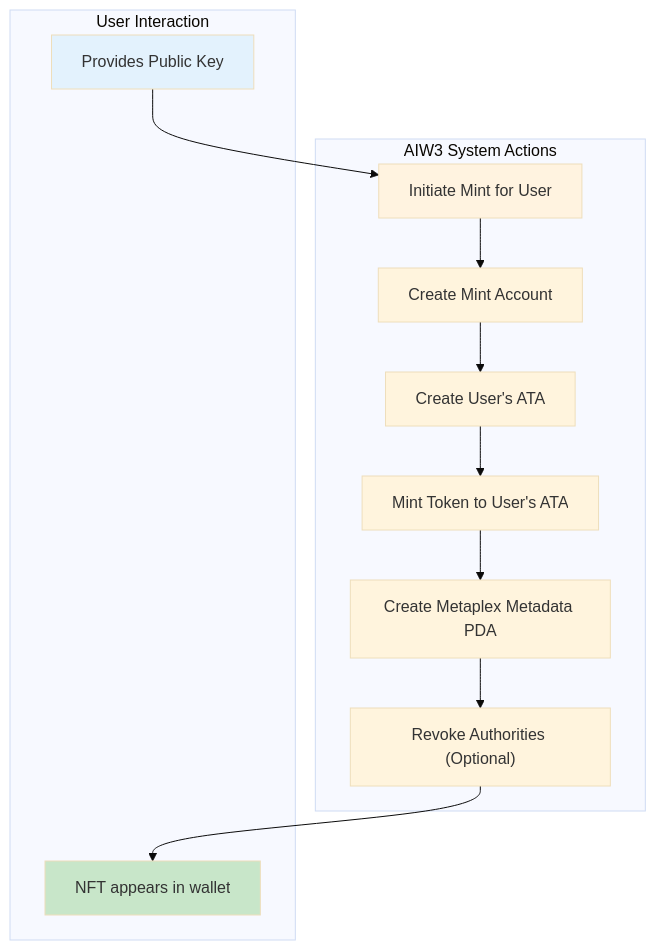
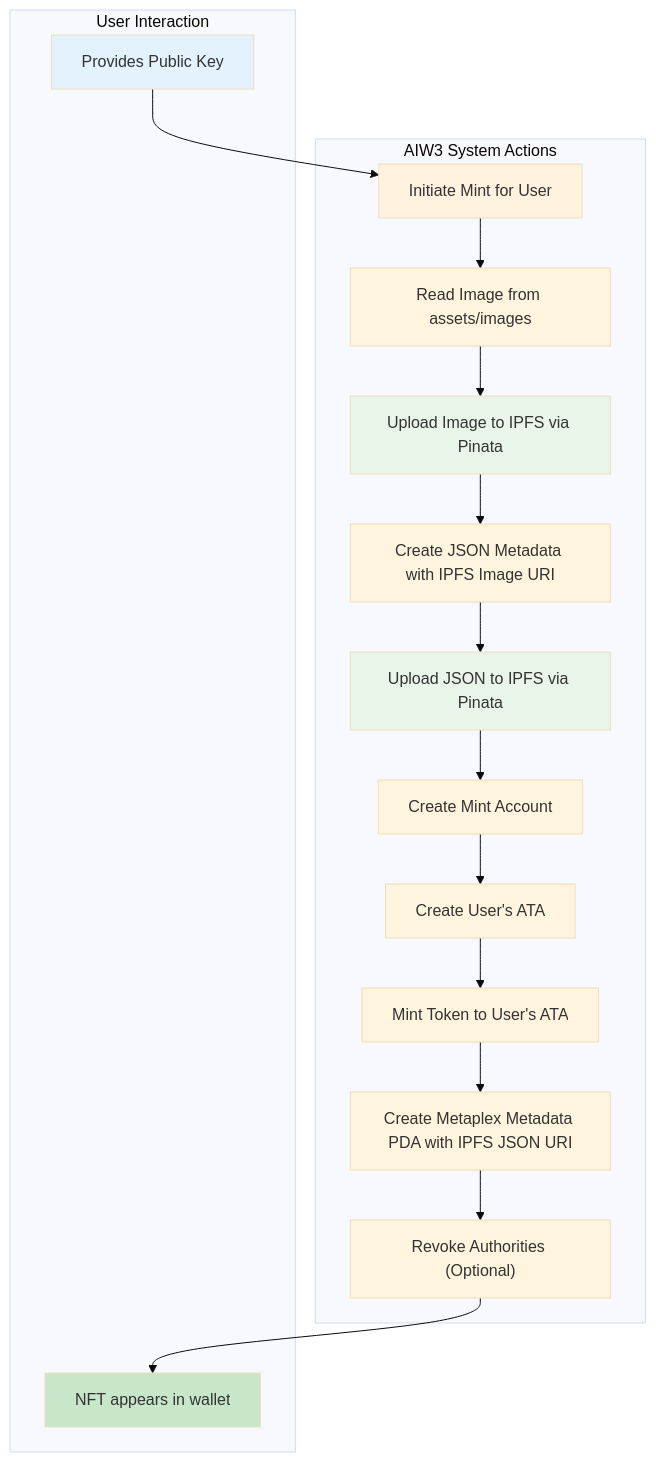
One commit to ljg-cqu/aiw3-nft-solana changed the third of 5 diagrams in docs/AIW3-NFT-System-Design.md. Above: the diagram before and after it, drawn with Mermaid (base theme). The commit also changed other lines of this file and 1 other file, not shown here.

Commit message:
docs: update NFT system to clarify image source-to-IPFS distribution flow

````diff
--- a/docs/AIW3-NFT-System-Design.md
+++ b/docs/AIW3-NFT-System-Design.md
@@ -199,22 +246,28 @@
 ```mermaid
 flowchart TD
     subgraph "AIW3 System Actions"
         A["Initiate Mint for User"]
-        B["Create Mint Account"]
-        C["Create User's ATA"]
-        D["Mint Token to User's ATA"]
-        E["Create Metaplex Metadata PDA"]
-        F["Revoke Authorities (Optional)"]
+        B["Read Image from assets/images"]
+        C["Upload Image to IPFS via Pinata"]
+        D["Create JSON Metadata with IPFS Image URI"]
+        E["Upload JSON to IPFS via Pinata"]
+        F["Create Mint Account"]
+        G["Create User's ATA"]
+        H["Mint Token to User's ATA"]
+        I["Create Metaplex Metadata PDA with IPFS JSON URI"]
+        J["Revoke Authorities (Optional)"]
     end
 
     subgraph "User Interaction"
-        G["Provides Public Key"]
-        H["NFT appears in wallet"]
+        K["Provides Public Key"]
+        L["NFT appears in wallet"]
     end
 
-    G --> A --> B --> C --> D --> E --> F --> H
+    K --> A --> B --> C --> D --> E --> F --> G --> H --> I --> J --> L
 
     style A fill:#fff3e0
-    style G fill:#e3f2fd
-    style H fill:#c8e6c9
+    style K fill:#e3f2fd
+    style L fill:#c8e6c9
+    style C fill:#e8f5e8
+    style E fill:#e8f5e8
 ```
````
